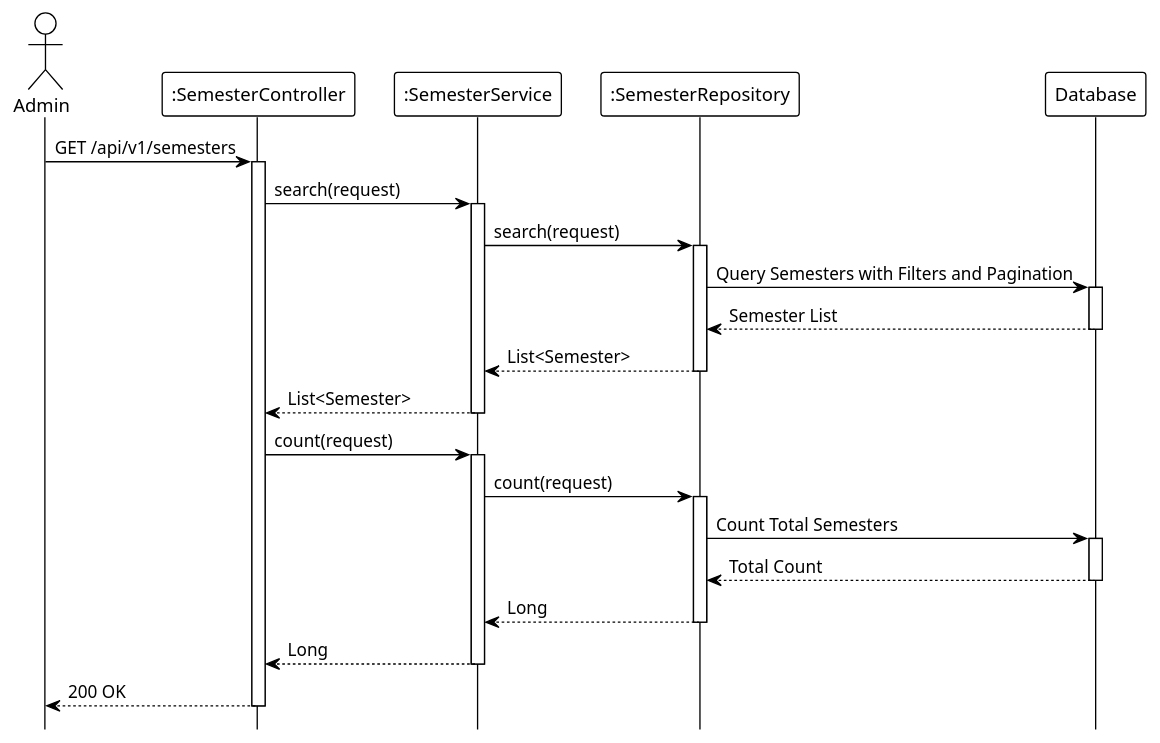
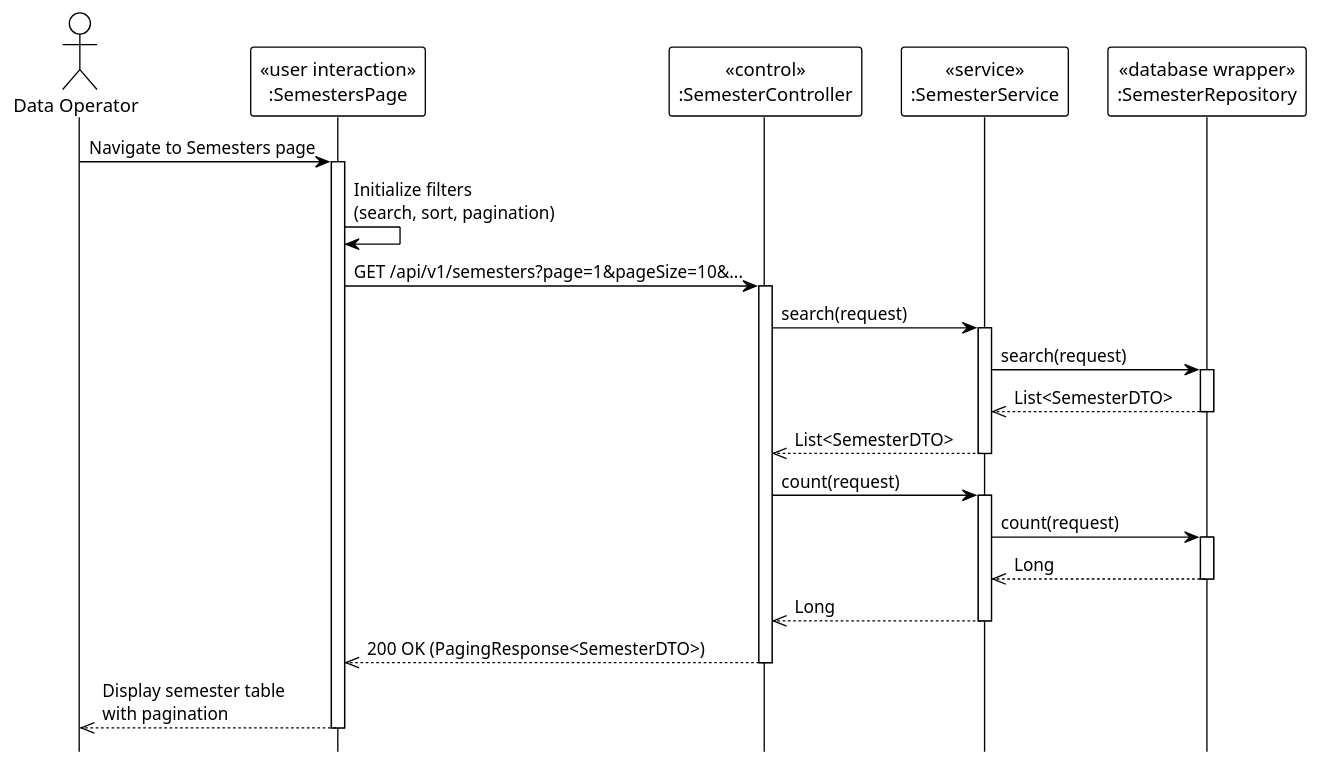
The diagram in system_detailed_design/05_view_list_semester/sequence_diagram_view_list_semester.puml (Ndh474/context), drawn with PlantUML before and after one commit. The commit also changed 6 other files, not shown here.

Commit message:
docs(system_detailed_design): update semester sequence diagrams with UML stereotypes

```diff
--- a/system_detailed_design/05_view_list_semester/sequence_diagram_view_list_semester.puml
+++ b/system_detailed_design/05_view_list_semester/sequence_diagram_view_list_semester.puml
@@ -1,56 +1,49 @@
 @startuml view_list_semester
 !theme plain
 hide footbox
 
-actor Admin
-participant ":SemesterController" as Controller
-participant ":SemesterService" as Service
-participant ":SemesterRepository" as Repository
-participant "Database" as DB
+actor "Data Operator" as DataOperator
 
-' --- MAIN FLOW ---
-Admin -> Controller: GET /api/v1/semesters
+participant "«user interaction»\n:SemestersPage" as UI
+participant "«control»\n:SemesterController" as Controller
+participant "«service»\n:SemesterService" as Service
+participant "«database wrapper»\n:SemesterRepository" as Repository
+
+' === MAIN FLOW ===
+DataOperator -> UI: Navigate to Semesters page
+activate UI
+
+UI -> UI: Initialize filters\n(search, sort, pagination)
+
+UI -> Controller: GET /api/v1/semesters?page=1&pageSize=10&...
 activate Controller
 
 Controller -> Service: search(request)
 activate Service
 
-' --- SEARCH QUERY ---
 Service -> Repository: search(request)
 activate Repository
-
-Repository -> DB: Query Semesters with Filters and Pagination
-activate DB
-DB --> Repository: Semester List
-deactivate DB
-
-Repository --> Service: List<Semester>
+Repository -->> Service: List<SemesterDTO>
 deactivate Repository
 
-Service --> Controller: List<Semester>
+Service -->> Controller: List<SemesterDTO>
 deactivate Service
 
-' --- COUNT QUERY ---
 Controller -> Service: count(request)
 activate Service
 
 Service -> Repository: count(request)
 activate Repository
-
-Repository -> DB: Count Total Semesters
-activate DB
-DB --> Repository: Total Count
-deactivate DB
-
-Repository --> Service: Long
+Repository -->> Service: Long
 deactivate Repository
 
-Service --> Controller: Long
+Service -->> Controller: Long
 deactivate Service
 
-' Build paging response (internal)
-
-Controller --> Admin: 200 OK
+Controller -->> UI: 200 OK (PagingResponse<SemesterDTO>)
 deactivate Controller
 
+UI -->> DataOperator: Display semester table\nwith pagination
+deactivate UI
+
 @enduml
```
